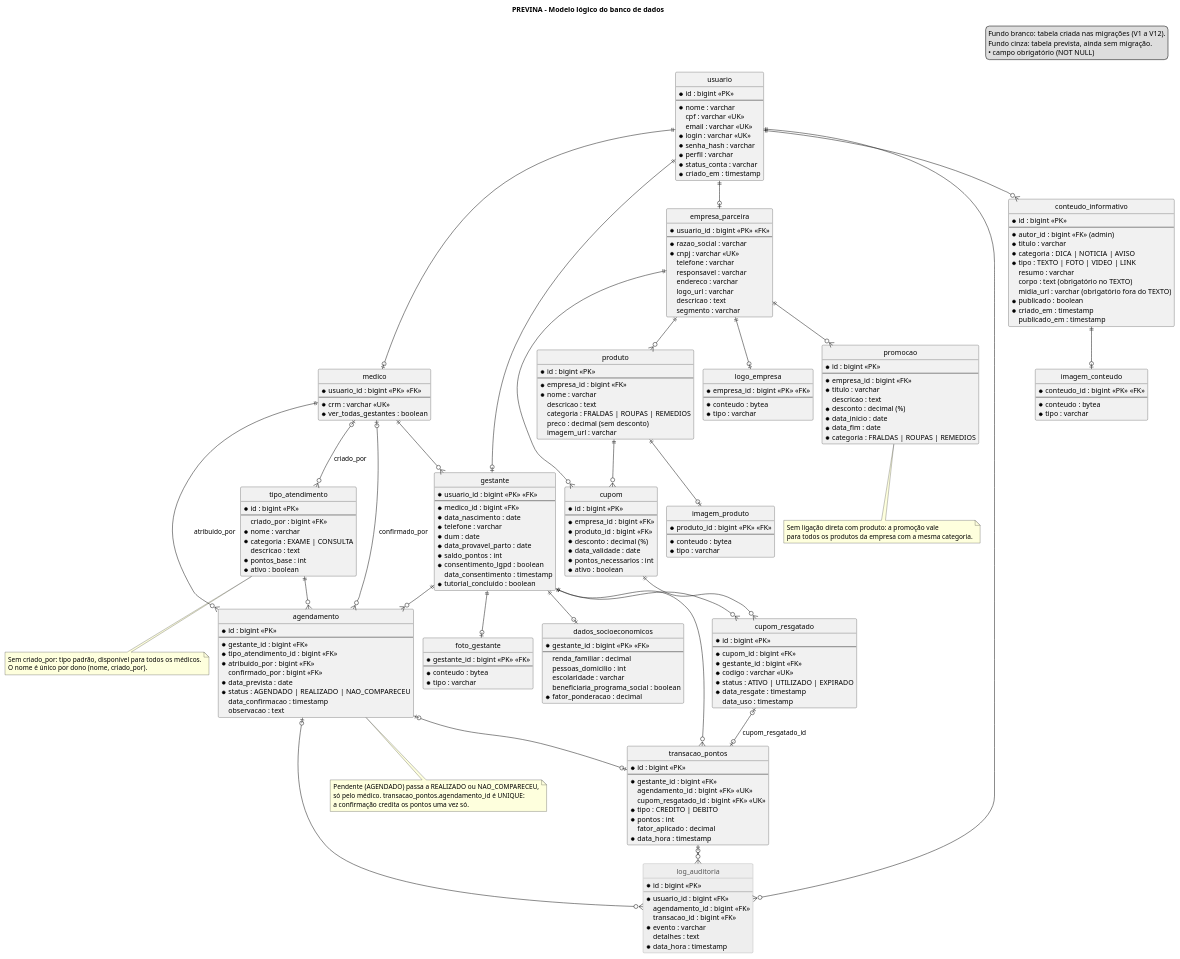
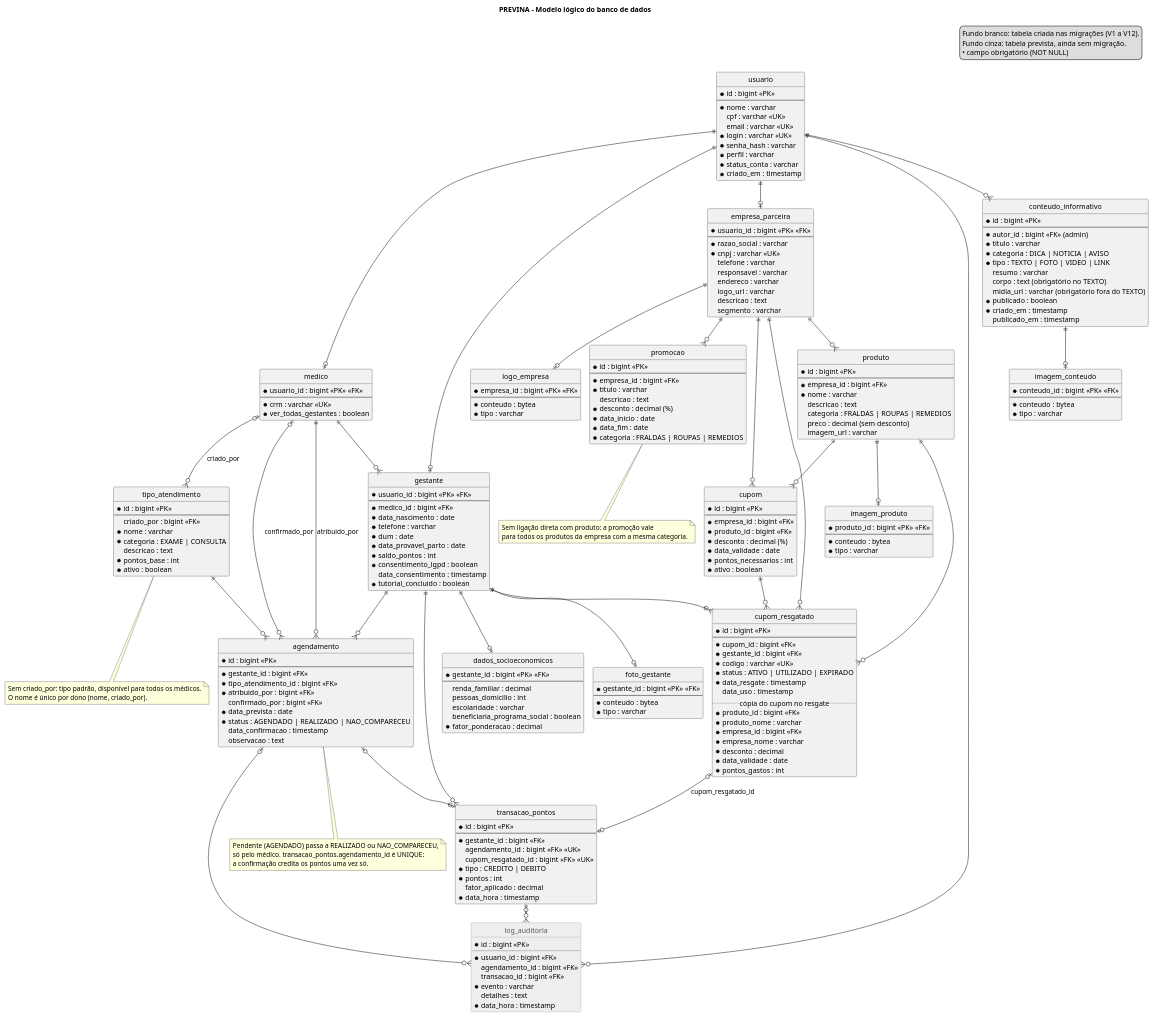
The diagram in docs/domain/dominio/dominio.puml (CozyShelf/previna-backend), drawn with PlantUML before and after one commit. The commit also changed 3 other files, not shown here.

First line of the commit message:
docs: catálogo de ofertas e cópia do cupom no resgate

```diff
--- a/docs/domain/dominio/dominio.puml
+++ b/docs/domain/dominio/dominio.puml
@@ -172,6 +172,14 @@
   * status : ATIVO | UTILIZADO | EXPIRADO
   * data_resgate : timestamp
   data_uso : timestamp
+  .. cópia do cupom no resgate ..
+  * produto_id : bigint <<FK>>
+  * produto_nome : varchar
+  * empresa_id : bigint <<FK>>
+  * empresa_nome : varchar
+  * desconto : decimal
+  * data_validade : date
+  * pontos_gastos : int
 }
 
 entity conteudo_informativo {
@@ -226,6 +234,8 @@
 produto ||--o{ cupom
 
 cupom ||--o{ cupom_resgatado
+produto ||--o{ cupom_resgatado
+empresa_parceira ||--o{ cupom_resgatado
 gestante ||--o{ cupom_resgatado
 
 gestante ||--o{ agendamento
```
